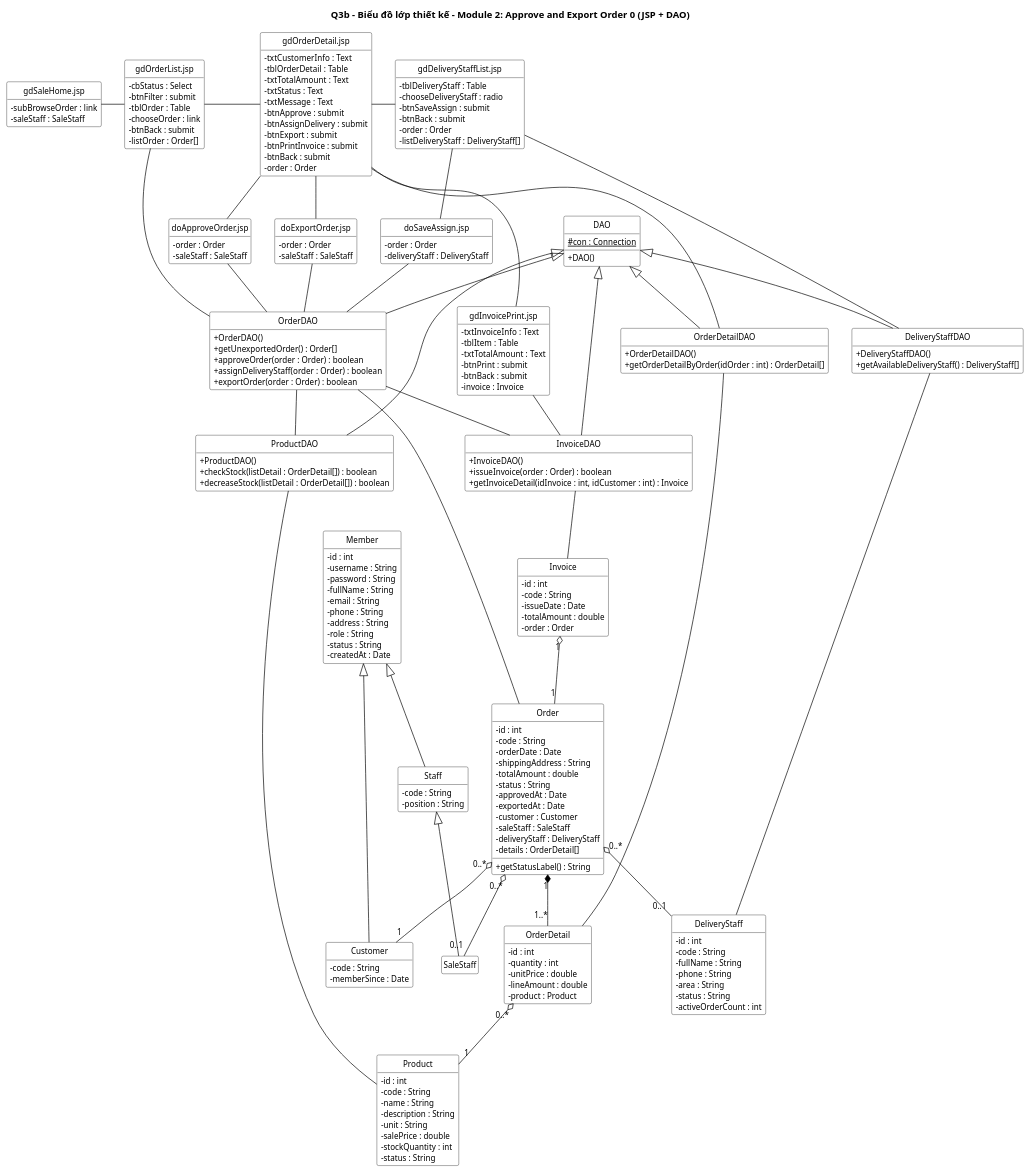
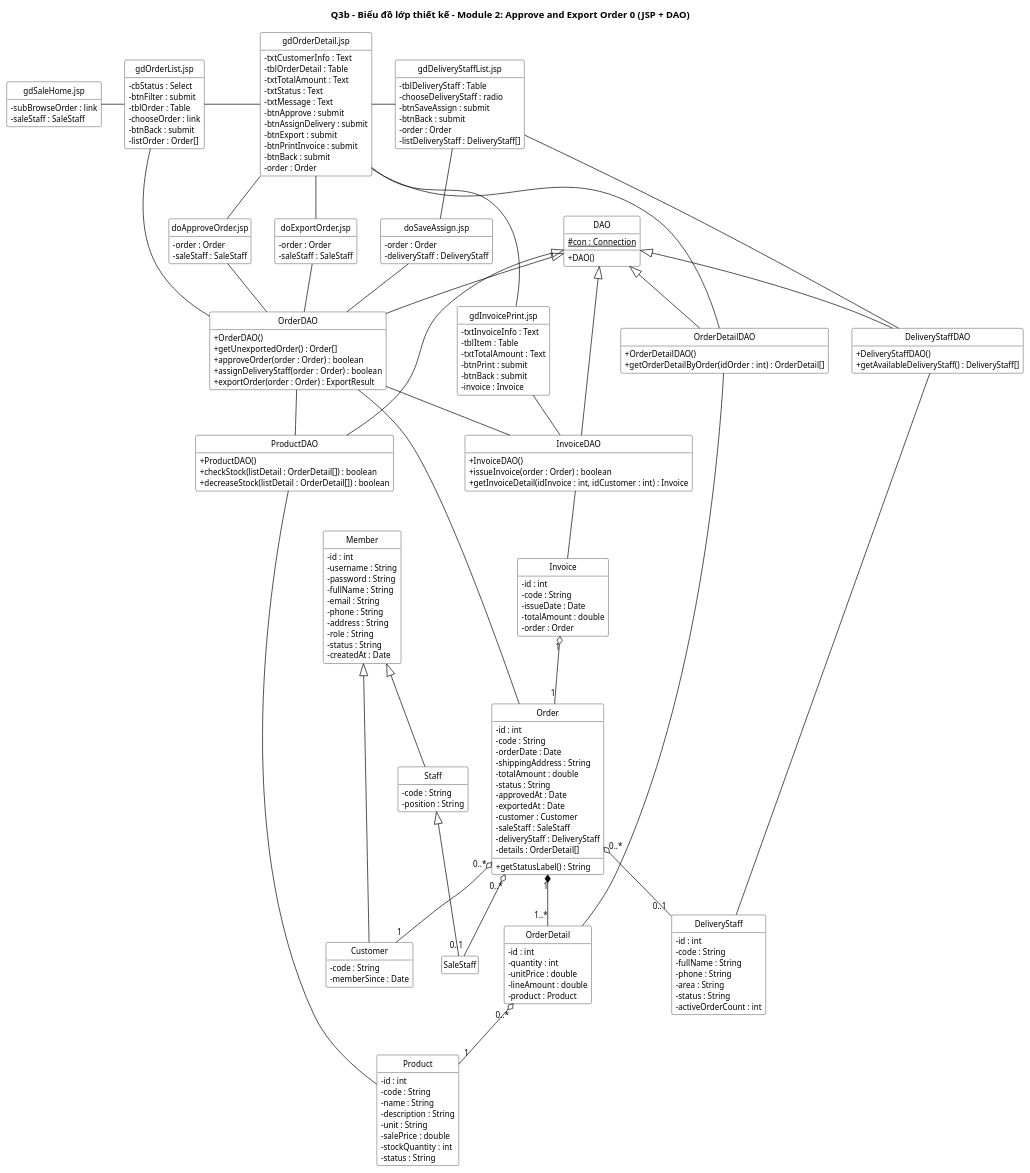
One commit to thanhtrnnn/infor-sys-anal-dept-store changed the diagram in puml_nop_bai/3_thiet-ke/4_So-do-lop-thiet-ke_module-2_NV-ban-hang-duyet-don-xuat-hang.puml. Above: the diagram before and after it, drawn with PlantUML. The commit also changed 38 other files, not shown here.

First line of the commit message:
fix: export result, landscape wide diagrams, cover names

```diff
--- a/puml_nop_bai/3_thiet-ke/4_So-do-lop-thiet-ke_module-2_NV-ban-hang-duyet-don-xuat-hang.puml
+++ b/puml_nop_bai/3_thiet-ke/4_So-do-lop-thiet-ke_module-2_NV-ban-hang-duyet-don-xuat-hang.puml
@@ -113,7 +113,7 @@
   +getUnexportedOrder() : Order[]
   +approveOrder(order : Order) : boolean
   +assignDeliveryStaff(order : Order) : boolean
-  +exportOrder(order : Order) : boolean
+  +exportOrder(order : Order) : ExportResult
 }
 class OrderDetailDAO {
   +OrderDetailDAO()
```
